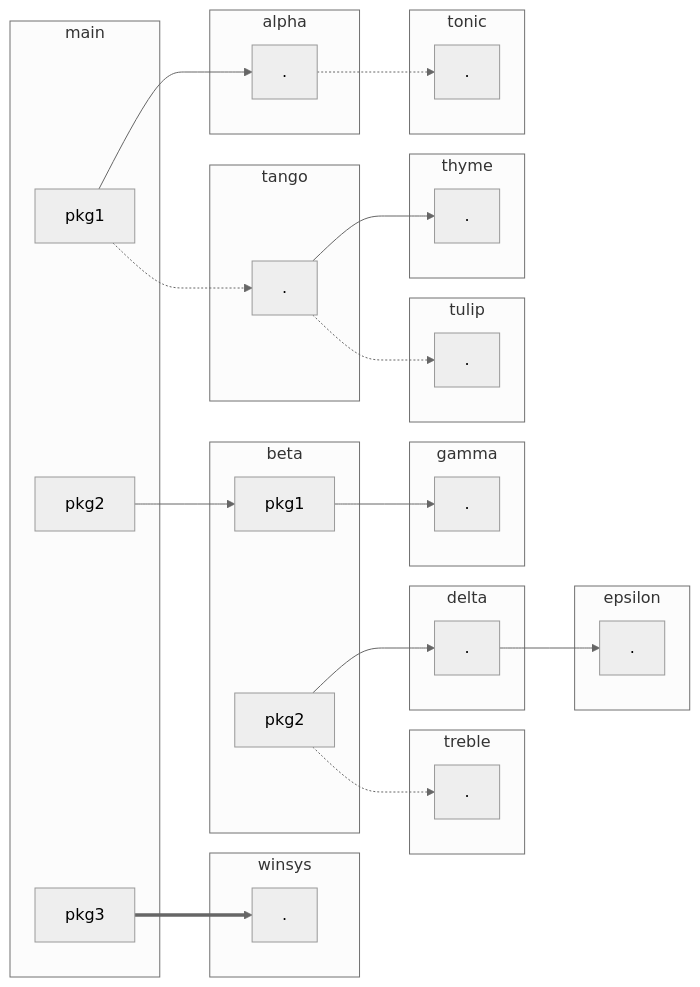
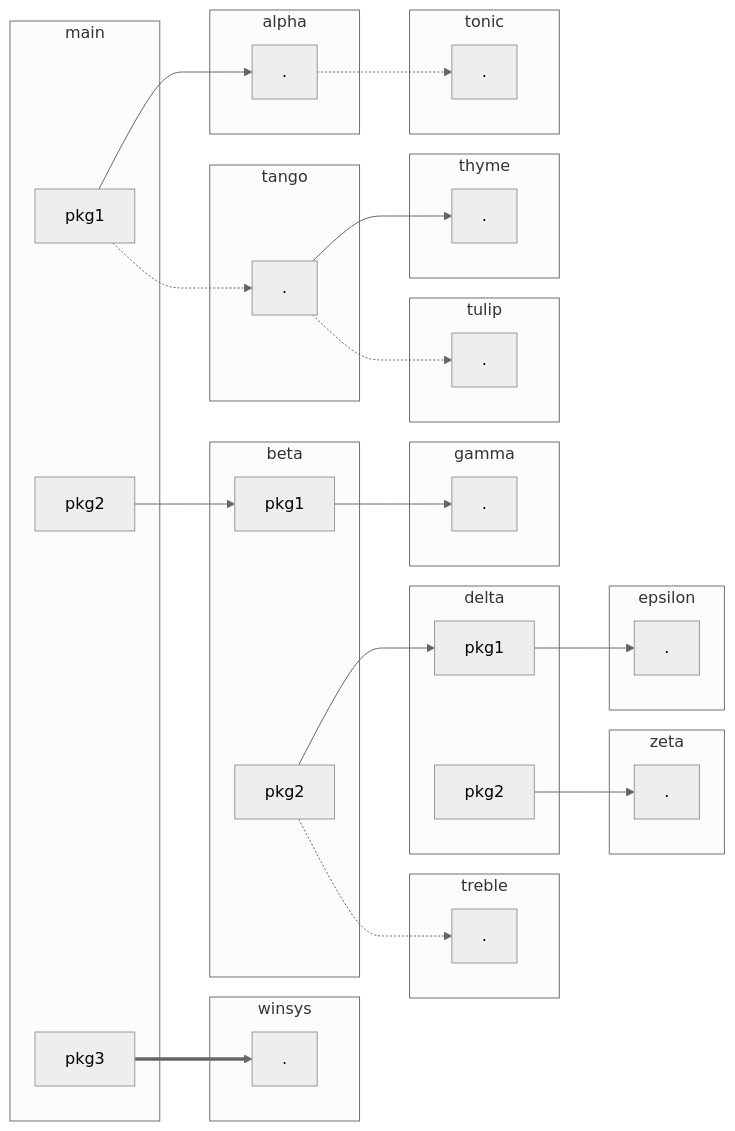
The diagram in deps/README.md (FiloSottile/mostly-harmless), drawn with Mermaid (neutral theme) before and after one commit. The commit also changed 4 other files, not shown here.

Commit message:
deps: add delta -> zeta edge

````diff
--- a/deps/README.md
+++ b/deps/README.md
@@ -1,65 +1,71 @@
 ```mermaid
 flowchart LR
     subgraph main["main"]
         main_pkg1["pkg1"]
         main_pkg2["pkg2"]
         main_pkg3["pkg3"]
     end
     
     subgraph beta["beta"]
         beta_pkg1["pkg1"]
         beta_pkg2["pkg2"]
     end
     
+    subgraph delta["delta"]
+        delta_pkg1["pkg1"]
+        delta_pkg2["pkg2"]
+    end
+    
     subgraph alpha["alpha"]
         alpha_["."]
     end
     
     subgraph gamma["gamma"]
         gamma_["."]
     end
     
-    subgraph delta["delta"]
-        delta_["."]
-    end
-    
     subgraph epsilon["epsilon"]
         epsilon_["."]
     end
-
+    
+    subgraph zeta["zeta"]
+        zeta_["."]
+    end
+    
     subgraph tango["tango"]
         tango_["."]
     end
     
     subgraph tonic["tonic"]
         tonic_["."]
     end
     
     subgraph treble["treble"]
         treble_["."]
     end
     
     subgraph thyme["thyme"]
         thyme_["."]
     end
     
     subgraph tulip["tulip"]
         tulip_["."]
     end
     
     subgraph winsys["winsys"]
         winsys_["."]
     end
     
     main_pkg1 --> alpha_
     main_pkg2 --> beta_pkg1
     beta_pkg1 --> gamma_
-    beta_pkg2 --> delta_
-    delta_ --> epsilon_
+    beta_pkg2 --> delta_pkg1
+    delta_pkg1 --> epsilon_
+    delta_pkg2 --> zeta_
     main_pkg1 -.-> tango_
     alpha_ -.-> tonic_
     beta_pkg2 -.-> treble_
     tango_ --> thyme_
     tango_ -.-> tulip_
     main_pkg3 ==> winsys_
 ```
````
